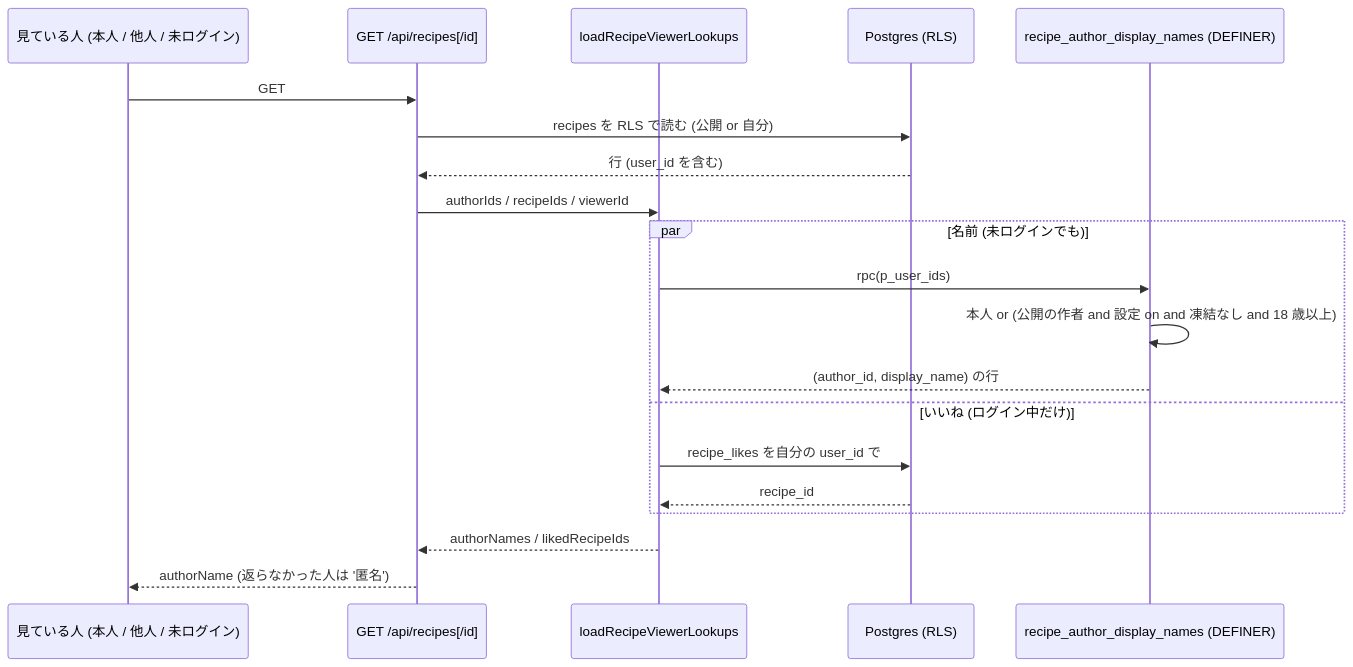
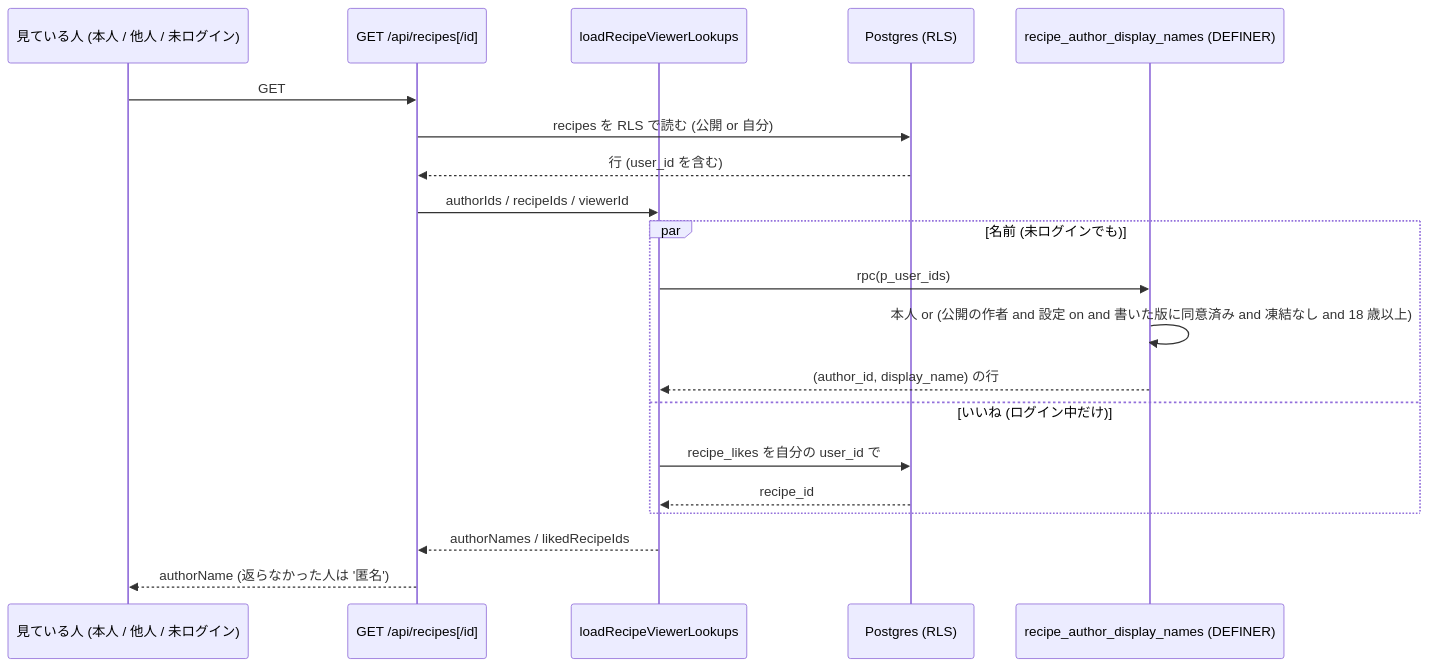
The diagram in docs/design/cross/21-recipe-author-display-name.md (DaisukeHori/homegohan-app), drawn with Mermaid before and after one commit. The commit also changed other lines of this file, not shown here.

````diff
--- a/docs/design/cross/21-recipe-author-display-name.md
+++ b/docs/design/cross/21-recipe-author-display-name.md
@@ -1581,22 +1734,22 @@
 ```mermaid
 sequenceDiagram
     participant V as 見ている人 (本人 / 他人 / 未ログイン)
     participant R as GET /api/recipes[/id]
     participant L as loadRecipeViewerLookups
     participant DB as Postgres (RLS)
     participant F as recipe_author_display_names (DEFINER)
     V->>R: GET
     R->>DB: recipes を RLS で読む (公開 or 自分)
     DB-->>R: 行 (user_id を含む)
     R->>L: authorIds / recipeIds / viewerId
     par 名前 (未ログインでも)
         L->>F: rpc(p_user_ids)
-        F->>F: 本人 or (公開の作者 and 設定 on and 凍結なし and 18 歳以上)
+        F->>F: 本人 or (公開の作者 and 設定 on and 書いた版に同意済み and 凍結なし and 18 歳以上)
         F-->>L: (author_id, display_name) の行
     and いいね (ログイン中だけ)
         L->>DB: recipe_likes を自分の user_id で
         DB-->>L: recipe_id
     end
     L-->>R: authorNames / likedRecipeIds
     R-->>V: authorName (返らなかった人は '匿名')
 ```
````
